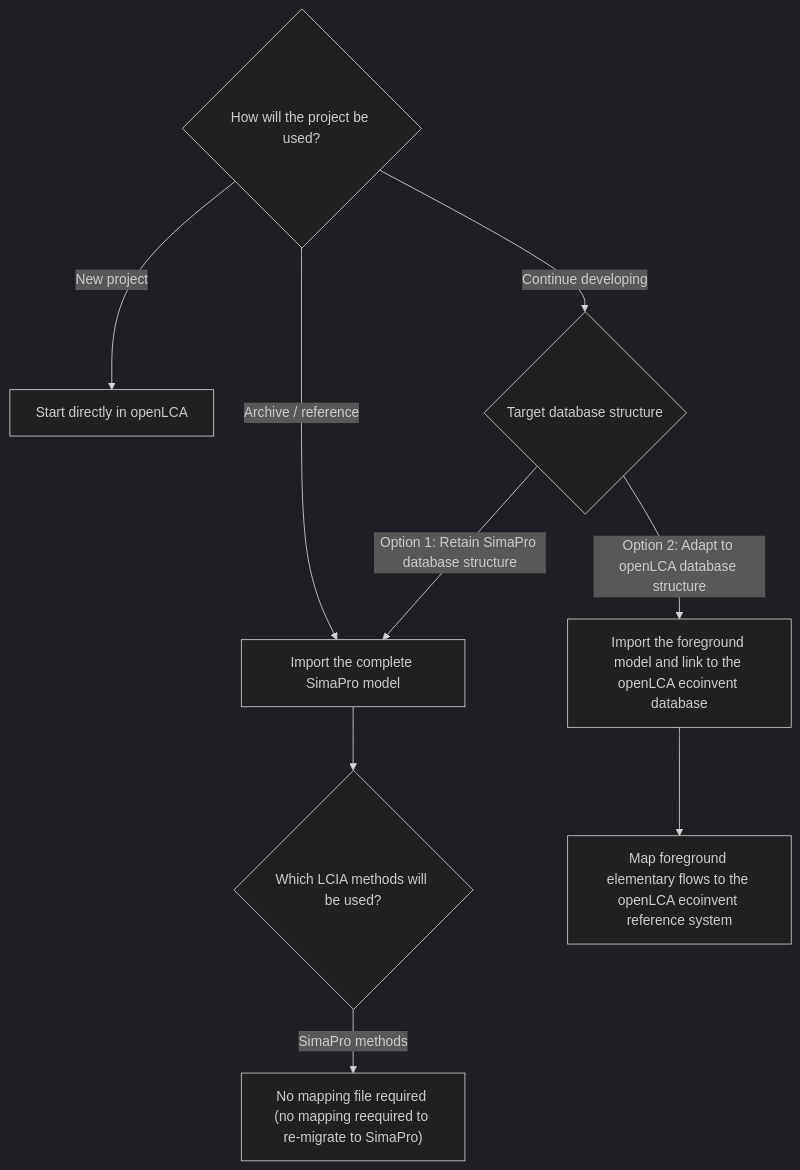
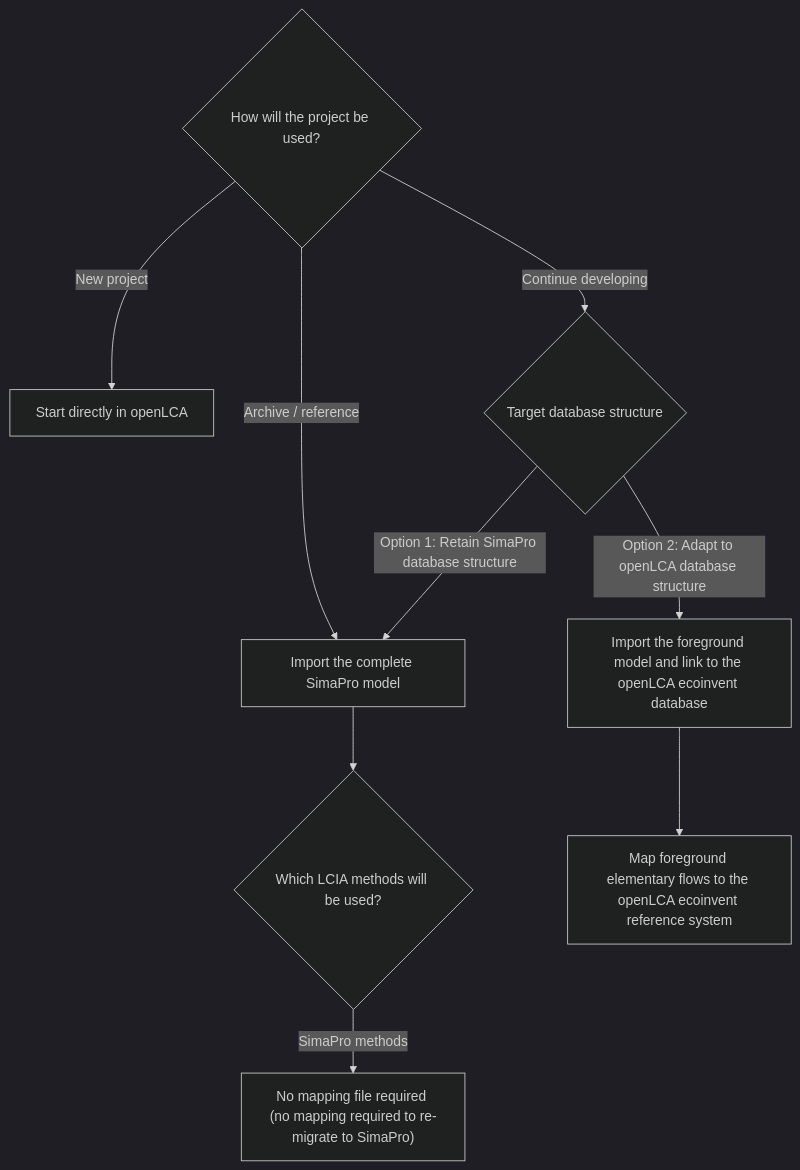
The diagram in src/migrating_other_software.md (GreenDelta/openLCA2-manual), drawn with Mermaid (dark theme) before and after one commit.

````diff
--- a/src/migrating_other_software.md
+++ b/src/migrating_other_software.md
@@ -30,17 +30,17 @@
 ```mermaid
 flowchart TD
     A{"How will the project be used?"}
 
     A -->|New project| B["Start directly in openLCA"]
     A -->|Archive / reference| C["Import the complete SimaPro model"]
     A -->|Continue developing| D{"Target database structure"}
 
     D -->|Option 1: Retain SimaPro database structure| C
     D -->|Option 2: Adapt to openLCA database structure| E["Import the foreground model and link to the openLCA ecoinvent database"]
 
     C --> F{"Which LCIA methods will be used?"}
 
-    F -->|SimaPro methods| H["No mapping file required (no mapping reequired to re-migrate to SimaPro)"]
+    F -->|SimaPro methods| H["No mapping file required (no mapping required to re-migrate to SimaPro)"]
 
     E --> I["Map foreground elementary flows to the openLCA ecoinvent reference system"]
 ```
````
